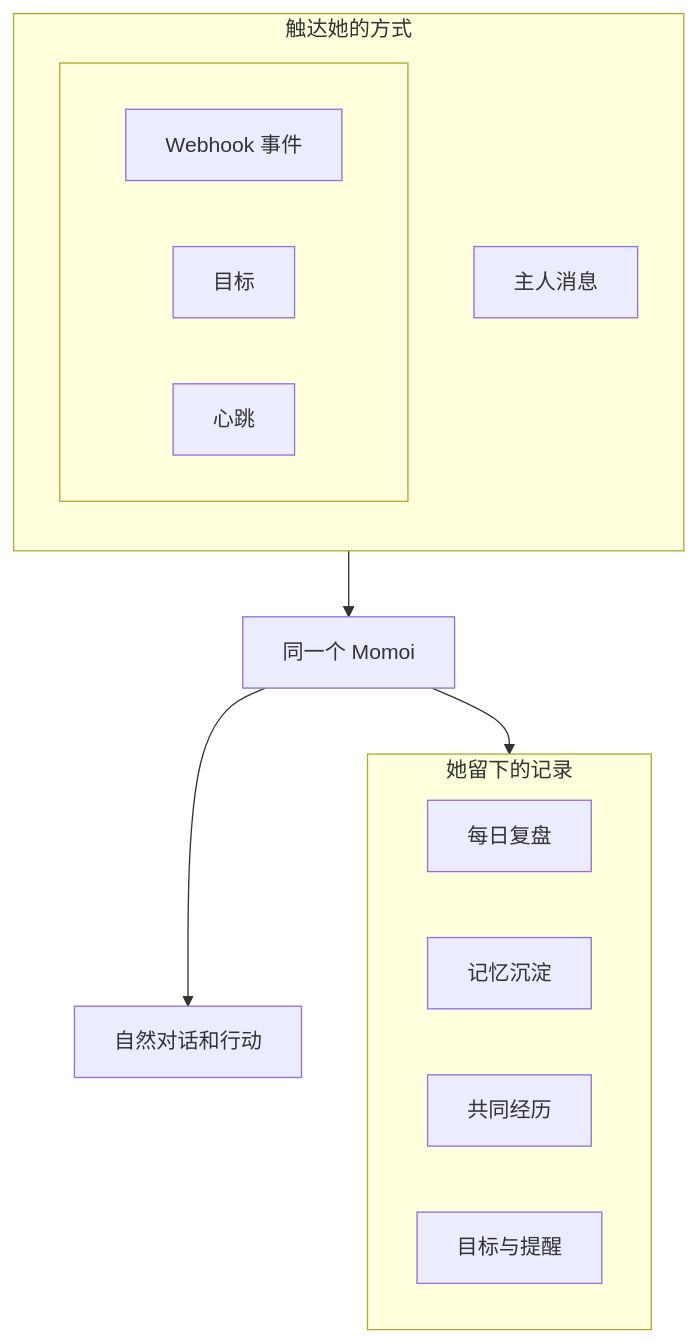
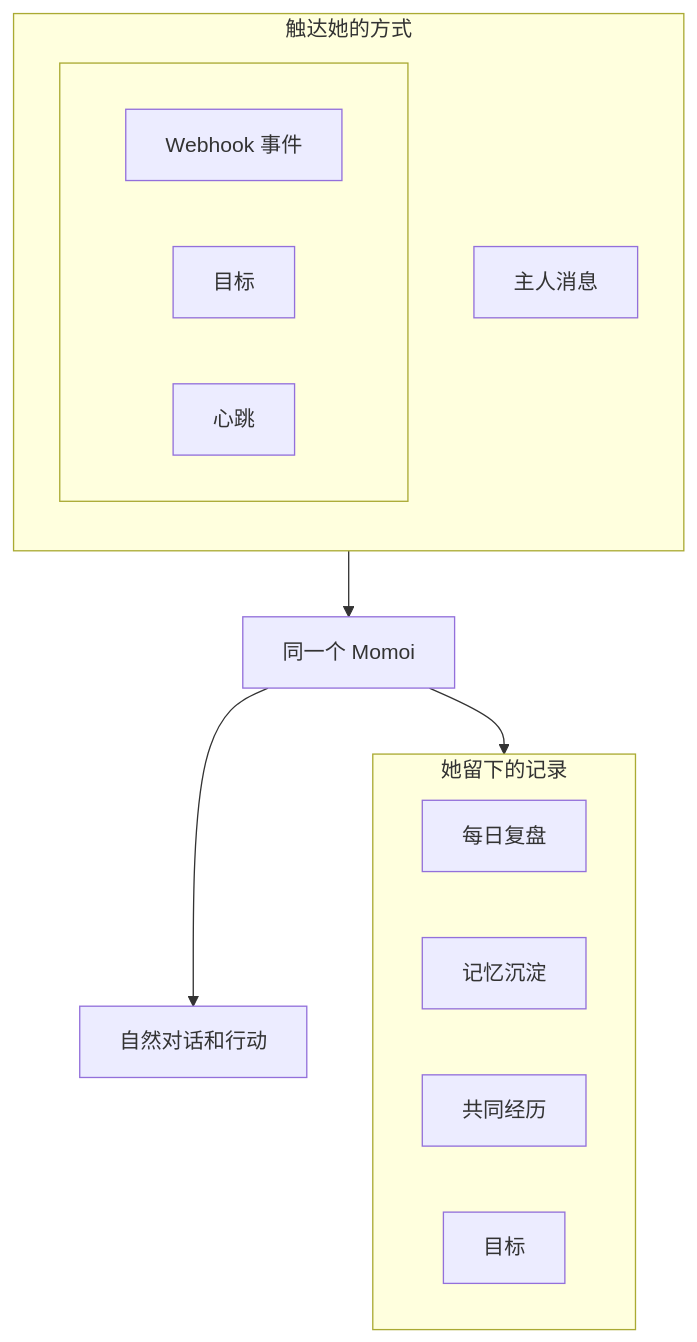
Before and after one commit to RicterZ/Momoi: the first of 2 diagrams in README.zh-CN.md, drawn with Mermaid. The commit also changed other lines of this file and 34 other files, not shown here.

````diff
--- a/README.zh-CN.md
+++ b/README.zh-CN.md
@@ -26,25 +26,25 @@
 ```mermaid
 flowchart TB
   subgraph reach["触达她的方式"]
     direction TB
     owner["主人消息"]
     subgraph also[" "]
       direction LR
       events["Webhook 事件"]
       goal["目标"]
       heartbeat["心跳"]
     end
   end
   momoi["同一个 Momoi"]
   out["自然对话和行动"]
   subgraph keep["她留下的记录"]
     direction LR
     reflection["每日复盘"]
     memory["记忆沉淀"]
     history["共同经历"]
-    agenda["目标与提醒"]
+    agenda["目标"]
   end
   reach --> momoi
   momoi --> out
   momoi --> keep
 ```
````
